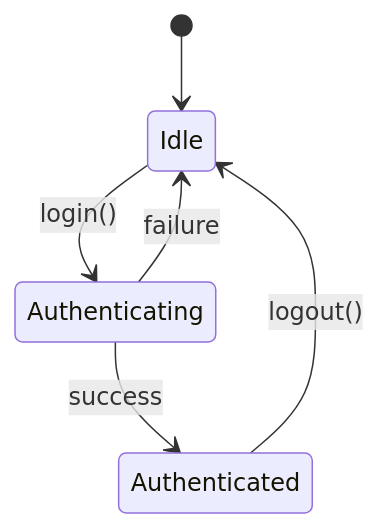
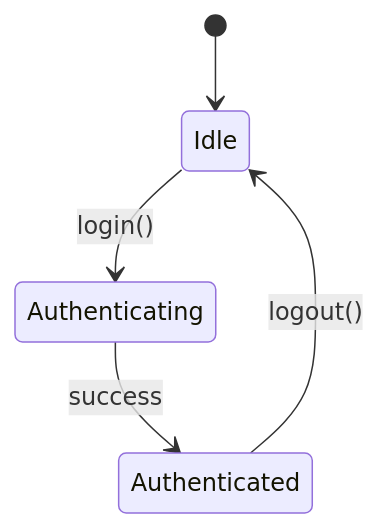
Before and after one commit to frostime/simpe-spec: the third of 3 diagrams in src/sspec/templates/skills/write-spec-doc/SKILL.md, drawn with Mermaid. The commit also changed other lines of this file and 10 other files, not shown here.

````diff
--- a/src/sspec/templates/skills/write-spec-doc/SKILL.md
+++ b/src/sspec/templates/skills/write-spec-doc/SKILL.md
@@ -203,8 +162,7 @@
 ```mermaid
 stateDiagram-v2
     [*] --> Idle
     Idle --> Authenticating: login()
     Authenticating --> Authenticated: success
-    Authenticating --> Idle: failure
     Authenticated --> Idle: logout()
 ```
````
